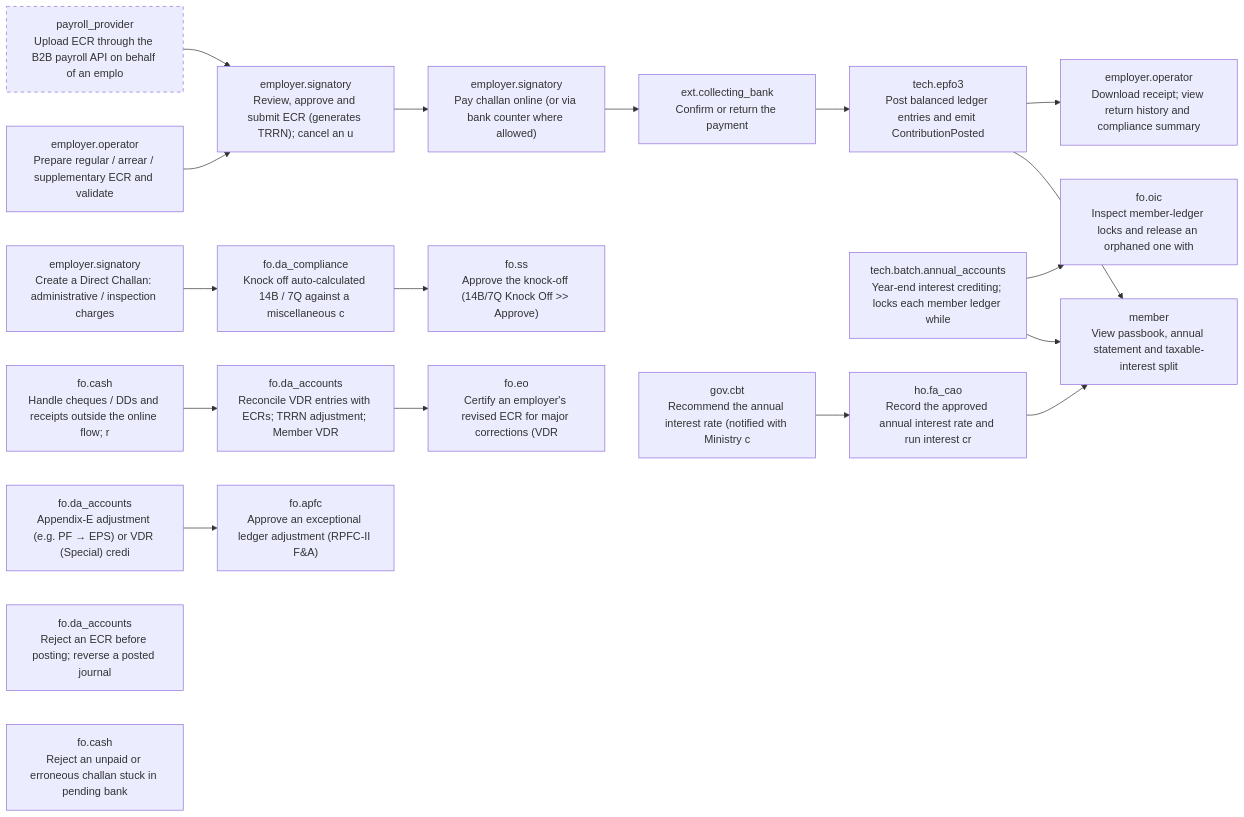
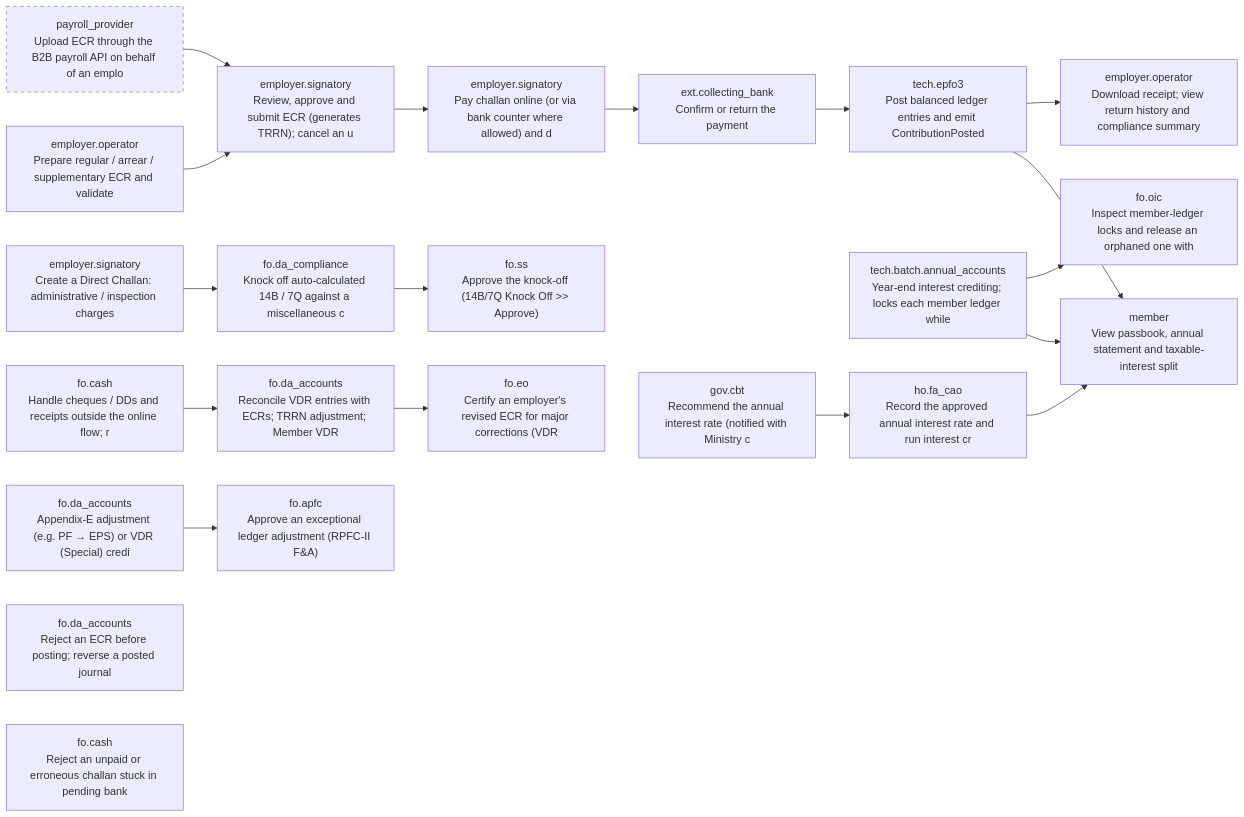
The third of 14 diagrams in docs/stakeholder-api-sets.md (gauravmeena0708/pf-life), drawn with Mermaid before and after one commit. The commit also changed other lines of this file and 14 other files, not shown here.

````diff
--- a/docs/stakeholder-api-sets.md
+++ b/docs/stakeholder-api-sets.md
@@ -1369,42 +1370,42 @@
 ```mermaid
 flowchart LR
   F03_ecr_prepare["employer.operator<br/>Prepare regular / arrear / supplementary ECR and validate"]
   F03_b2b_upload["payroll_provider<br/>Upload ECR through the B2B payroll API on behalf of an emplo"]
   style F03_b2b_upload stroke-dasharray: 5 5
   F03_ecr_approve["employer.signatory<br/>Review, approve and submit ECR (generates TRRN); cancel an u"]
-  F03_pay["employer.signatory<br/>Pay challan online (or via bank counter where allowed)"]
+  F03_pay["employer.signatory<br/>Pay challan online (or via bank counter where allowed) and d"]
   F03_bank_confirm["ext.collecting_bank<br/>Confirm or return the payment"]
   F03_post["tech.epfo3<br/>Post balanced ledger entries and emit ContributionPosted"]
   F03_receipt["employer.operator<br/>Download receipt; view return history and compliance summary"]
   F03_passbook["member<br/>View passbook, annual statement and taxable-interest split"]
   F03_direct_challan["employer.signatory<br/>Create a Direct Challan: administrative / inspection charges"]
   F03_knock_off["fo.da_compliance<br/>Knock off auto-calculated 14B / 7Q against a miscellaneous c"]
   F03_knock_off_approve["fo.ss<br/>Approve the knock-off (14B/7Q Knock Off >> Approve)"]
   F03_receipts["fo.cash<br/>Handle cheques / DDs and receipts outside the online flow; r"]
   F03_vdr_reconcile["fo.da_accounts<br/>Reconcile VDR entries with ECRs; TRRN adjustment; Member VDR"]
   F03_eo_certify["fo.eo<br/>Certify an employer's revised ECR for major corrections (VDR"]
   F03_ledger_exception["fo.da_accounts<br/>Appendix-E adjustment (e.g. PF → EPS) or VDR (Special) credi"]
   F03_ledger_exception_approve["fo.apfc<br/>Approve an exceptional ledger adjustment (RPFC-II F&A)"]
   F03_ecr_reject["fo.da_accounts<br/>Reject an ECR before posting; reverse a posted journal"]
   F03_payment_reject["fo.cash<br/>Reject an unpaid or erroneous challan stuck in pending bank "]
   F03_annual_batch["tech.batch.annual_accounts<br/>Year-end interest crediting; locks each member ledger while "]
   F03_interest["ho.fa_cao<br/>Record the approved annual interest rate and run interest cr"]
   F03_interest_rate["gov.cbt<br/>Recommend the annual interest rate (notified with Ministry c"]
   F03_ecr_prepare --> F03_ecr_approve
   F03_b2b_upload --> F03_ecr_approve
   F03_ecr_approve --> F03_pay
   F03_pay --> F03_bank_confirm
   F03_bank_confirm --> F03_post
   F03_post --> F03_passbook
   F03_post --> F03_receipt
   F03_direct_challan --> F03_knock_off
   F03_knock_off --> F03_knock_off_approve
   F03_receipts --> F03_vdr_reconcile
   F03_vdr_reconcile --> F03_eo_certify
   F03_ledger_exception --> F03_ledger_exception_approve
   F03_annual_batch --> F03_passbook
   F04_lock_admin["fo.oic<br/>Inspect member-ledger locks and release an orphaned one with"]
   F03_annual_batch --> F04_lock_admin
   F03_interest --> F03_passbook
   F03_interest_rate --> F03_interest
 ```
````
